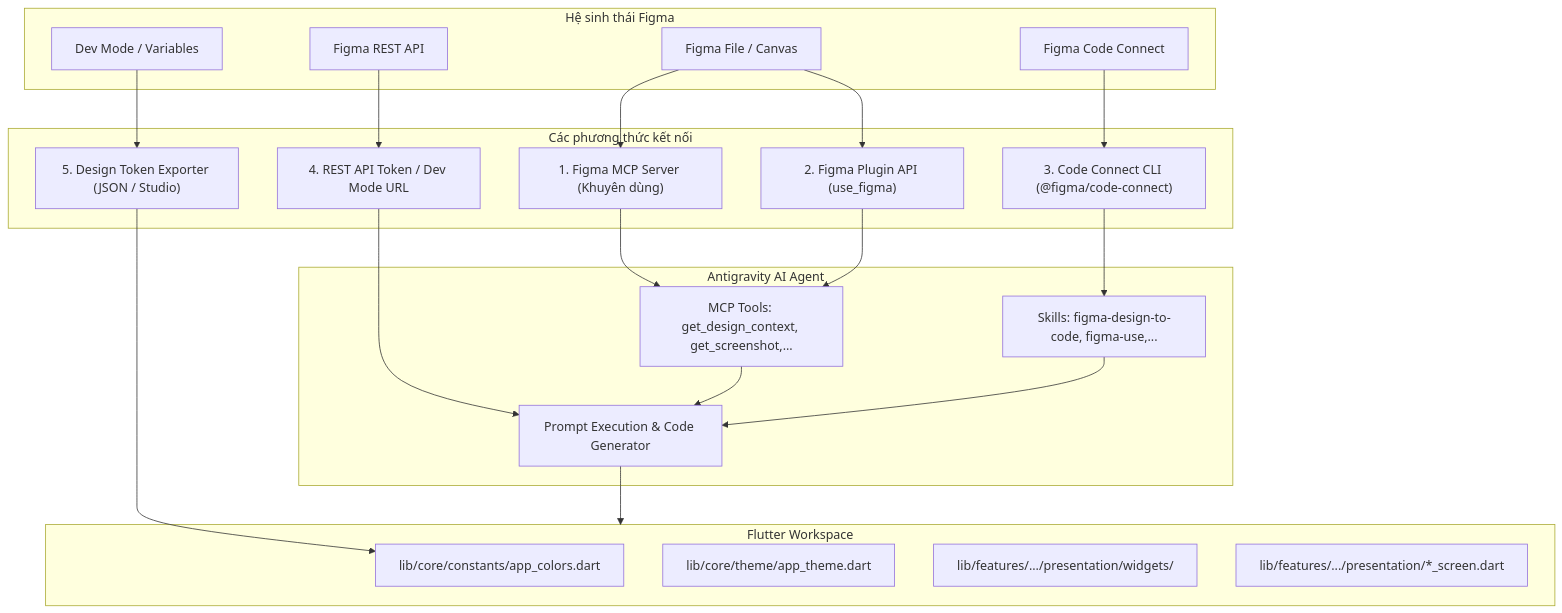
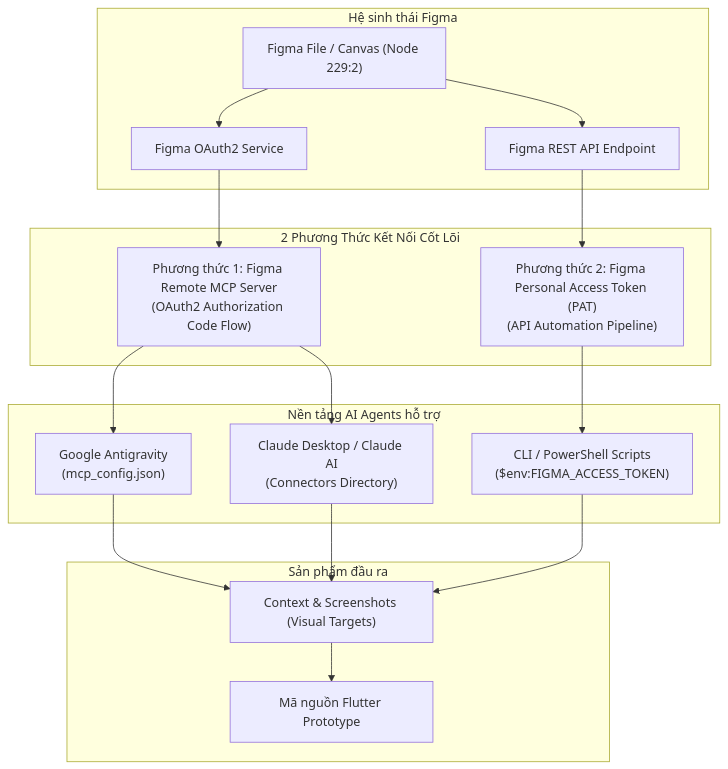
The first of 4 diagrams in docs/FIGMA_TO_CODE_ANTIGRAVITY_GUIDE.md (jessiicamaru/resq-bite-prototype), drawn with Mermaid before and after one commit. The commit also changed other lines of this file and 14 other files, not shown here.

````diff
--- a/docs/FIGMA_TO_CODE_ANTIGRAVITY_GUIDE.md
+++ b/docs/FIGMA_TO_CODE_ANTIGRAVITY_GUIDE.md
@@ -58,46 +59,40 @@
 ```mermaid
 flowchart TD
     subgraph Figma["Hệ sinh thái Figma"]
-        FD["Figma File / Canvas"]
-        DM["Dev Mode / Variables"]
-        CC["Figma Code Connect"]
-        API["Figma REST API"]
+        Canvas["Figma File / Canvas (Node 229:2)"]
+        FigmaOAuth["Figma OAuth2 Service"]
+        FigmaAPI["Figma REST API Endpoint"]
     end
 
-    subgraph Connection["Các phương thức kết nối"]
-        M1["1. Figma MCP Server (Khuyên dùng)"]
-        M2["2. Figma Plugin API (use_figma)"]
-        M3["3. Code Connect CLI (@figma/code-connect)"]
-        M4["4. REST API Token / Dev Mode URL"]
-        M5["5. Design Token Exporter (JSON / Studio)"]
+    subgraph Methods["2 Phương Thức Kết Nối Cốt Lõi"]
+        M1["Phương thức 1: Figma Remote MCP Server<br/>(OAuth2 Authorization Code Flow)"]
+        M2["Phương thức 2: Figma Personal Access Token (PAT)<br/>(API Automation Pipeline)"]
     end
 
-    subgraph Antigravity["Antigravity AI Agent"]
-        Skills["Skills: figma-design-to-code, figma-use,..."]
-        Tools["MCP Tools: get_design_context, get_screenshot,..."]
-        PromptEngine["Prompt Execution & Code Generator"]
+    subgraph Clients["Nền tảng AI Agents hỗ trợ"]
+        Antigravity["Google Antigravity<br/>(mcp_config.json)"]
+        Claude["Claude Desktop / Claude AI<br/>(Connectors Directory)"]
+        ScriptCLI["CLI / PowerShell Scripts<br/>($env:FIGMA_ACCESS_TOKEN)"]
     end
 
-    subgraph Codebase["Flutter Workspace"]
-        Tokens["lib/core/constants/app_colors.dart"]
-        Theme["lib/core/theme/app_theme.dart"]
-        Widgets["lib/features/.../presentation/widgets/"]
-        Screen["lib/features/.../presentation/*_screen.dart"]
+    subgraph Output["Sản phẩm đầu ra"]
+        DesignContext["Context & Screenshots (Visual Targets)"]
+        FlutterCode["Mã nguồn Flutter Prototype"]
     end
 
-    FD --> M1
-    FD --> M2
-    CC --> M3
-    API --> M4
-    DM --> M5
+    Canvas --> FigmaOAuth
+    Canvas --> FigmaAPI
 
-    M1 --> Tools
-    M2 --> Tools
-    M3 --> Skills
-    M4 --> PromptEngine
-    M5 --> Tokens
+    FigmaOAuth --> M1
+    FigmaAPI --> M2
 
-    Tools --> PromptEngine
-    Skills --> PromptEngine
-    PromptEngine --> Codebase
+    M1 --> Antigravity
+    M1 --> Claude
+    M2 --> ScriptCLI
+
+    Antigravity --> DesignContext
+    Claude --> DesignContext
+    ScriptCLI --> DesignContext
+
+    DesignContext --> FlutterCode
 ```
````
